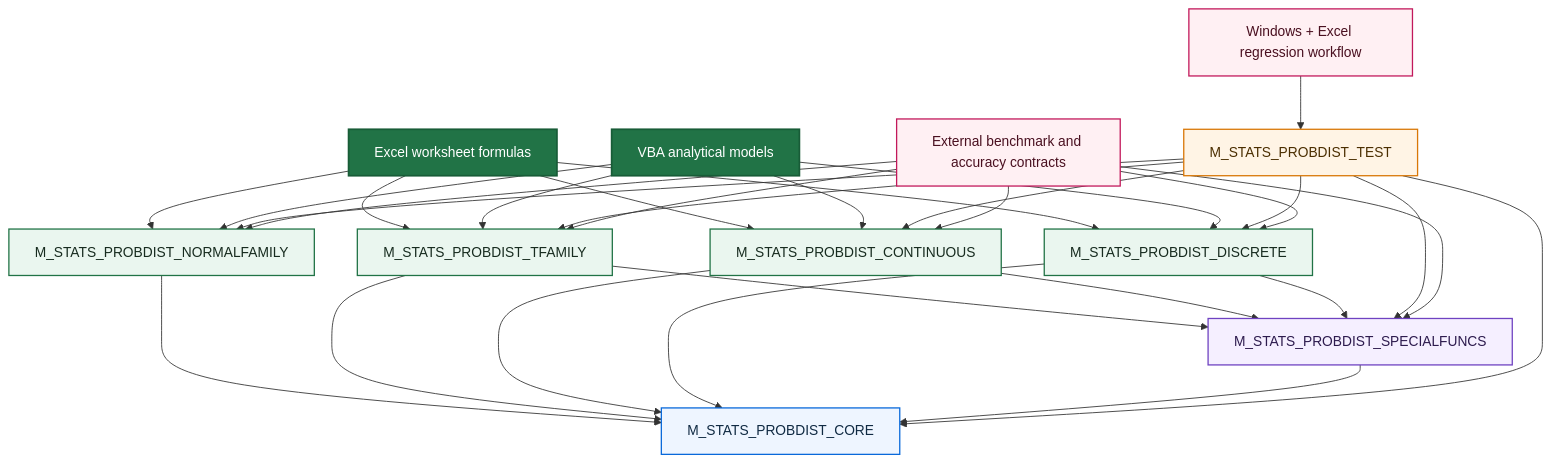
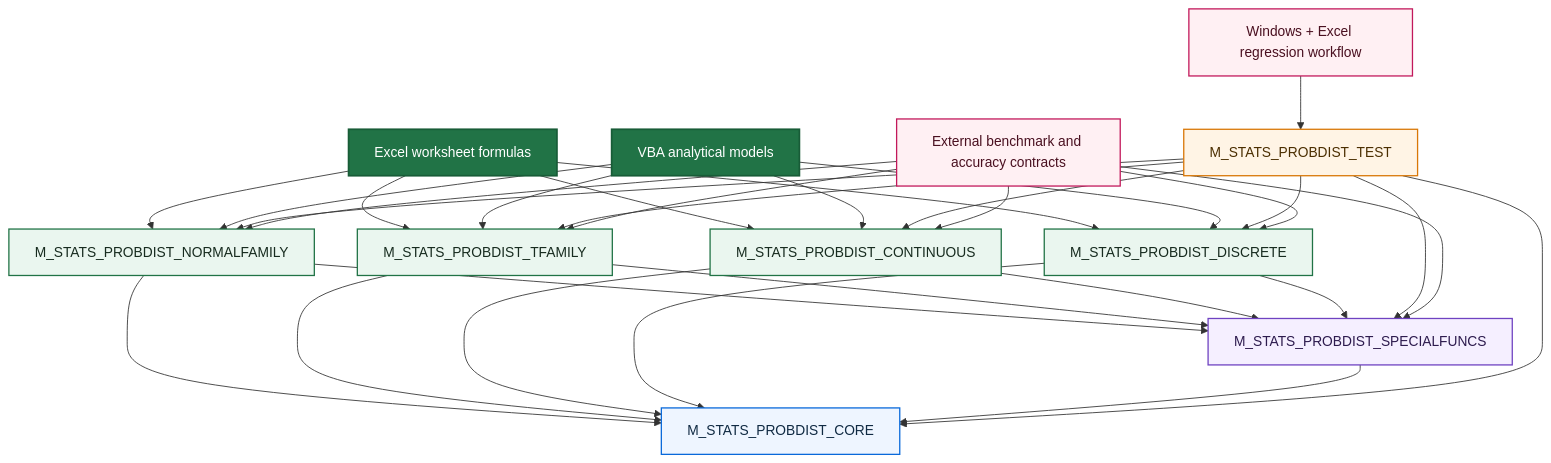
One commit to danielep71/VBA-PROBABILITY-DISTRIBUTIONS changed the diagram in README.md. Above: the diagram before and after it, drawn with Mermaid. The commit also changed other lines of this file and 13 other files, not shown here.

````diff
--- a/README.md
+++ b/README.md
@@ -548,57 +550,58 @@
 ```mermaid
 flowchart TD
     classDef entry fill:#217346,color:#ffffff,stroke:#185c37,stroke-width:2px
     classDef family fill:#eaf6ef,color:#172b1f,stroke:#217346,stroke-width:1.5px
     classDef kernel fill:#f5efff,color:#2d1b4e,stroke:#6f42c1,stroke-width:1.5px
     classDef core fill:#eef5ff,color:#102a43,stroke:#0969da,stroke-width:1.5px
     classDef test fill:#fff4e5,color:#4b2e00,stroke:#d97706,stroke-width:1.5px
     classDef assurance fill:#fff0f3,color:#4a1020,stroke:#c2185b,stroke-width:1.5px
 
     WS[Excel worksheet formulas]:::entry
     VBA[VBA analytical models]:::entry
 
     NF[M_STATS_PROBDIST_NORMALFAMILY]:::family
     TF[M_STATS_PROBDIST_TFAMILY]:::family
     CT[M_STATS_PROBDIST_CONTINUOUS]:::family
     DS[M_STATS_PROBDIST_DISCRETE]:::family
 
     SF[M_STATS_PROBDIST_SPECIALFUNCS]:::kernel
     CORE[M_STATS_PROBDIST_CORE]:::core
     TEST[M_STATS_PROBDIST_TEST]:::test
 
     CI[Windows + Excel regression workflow]:::assurance
     BENCH[External benchmark and accuracy contracts]:::assurance
 
     WS --> NF
     WS --> TF
     WS --> CT
     WS --> DS
 
     VBA --> NF
     VBA --> TF
     VBA --> CT
     VBA --> DS
 
+    NF --> SF
     NF --> CORE
     TF --> SF
     TF --> CORE
     CT --> SF
     CT --> CORE
     DS --> SF
     DS --> CORE
     SF --> CORE
 
     TEST --> CORE
     TEST --> SF
     TEST --> NF
     TEST --> TF
     TEST --> CT
     TEST --> DS
 
     CI --> TEST
     BENCH --> NF
     BENCH --> TF
     BENCH --> CT
     BENCH --> DS
     BENCH --> SF
 ```
````
